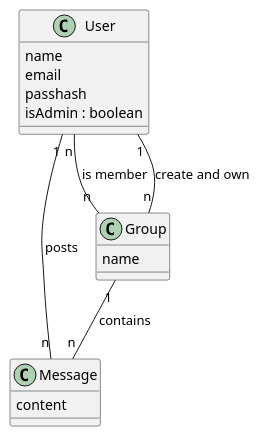
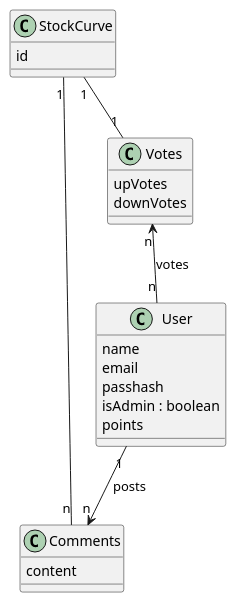
One commit to MatthMig/StockBlog changed the third of 3 diagrams in README.md. Above: the diagram before and after it, drawn with PlantUML. The commit also changed other lines of this file, not shown here.

````diff
--- a/README.md
+++ b/README.md
@@ -111,22 +109,27 @@
 ```plantuml
 class User{
   name
   email
   passhash
   isAdmin : boolean
+  points
 }
 
-class Message{
+class Comments {
   content
 }
 
-class Group{
-  name
+class Votes{
+  upVotes
+  downVotes
 }
 
-User "1" -- "n" Message : posts
-Group "1" -- "n" Message : contains
+class StockCurve{
+  id
+}
 
-User "n" -- "n"  Group : is member 
-User "1" -- "n"  Group : create and own
+StockCurve "1" -- "n" Comments
+StockCurve "1" -- "1" Votes
+Votes "n" <-- "n" User : votes
+User "1" --> "n" Comments : posts
 ```
````
